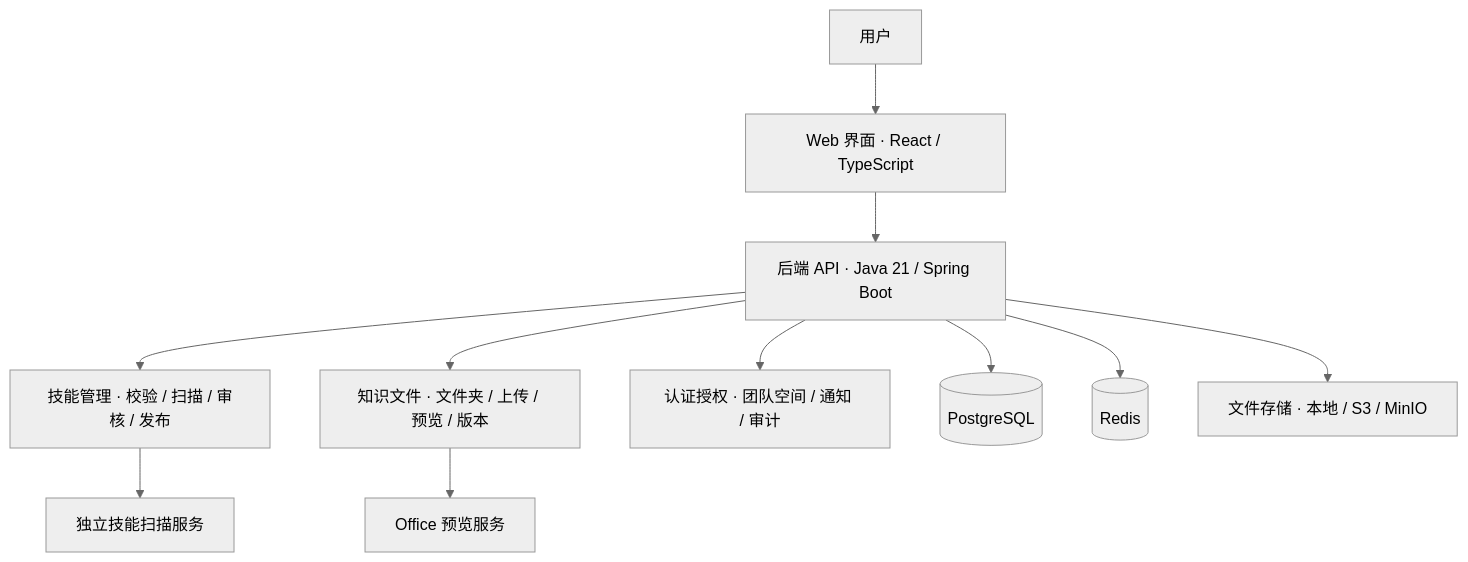
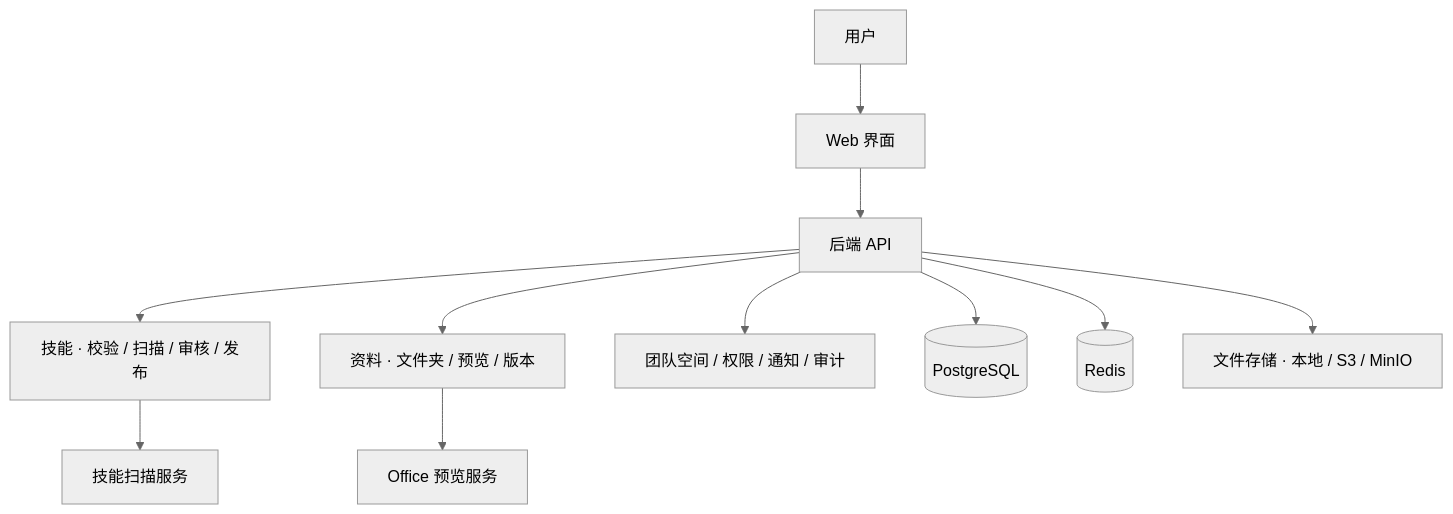
One commit to kun001/skillhive changed the diagram in README.md. Above: the diagram before and after it, drawn with Mermaid (neutral theme). The commit also changed other lines of this file, not shown here.

Commit message:
docs(readme): clarify SkillHive positioning and simplify product guide

````diff
--- a/README.md
+++ b/README.md
@@ -207,13 +143,13 @@
 ```mermaid
 flowchart TB
-    User[用户] --> Web[Web 界面 · React / TypeScript]
-    Web --> API[后端 API · Java 21 / Spring Boot]
-    API --> Skill[技能管理 · 校验 / 扫描 / 审核 / 发布]
-    API --> Knowledge[知识文件 · 文件夹 / 上传 / 预览 / 版本]
-    API --> Governance[认证授权 · 团队空间 / 通知 / 审计]
-    Skill --> Scanner[独立技能扫描服务]
+    User[用户] --> Web[Web 界面]
+    Web --> API[后端 API]
+    API --> Skill[技能 · 校验 / 扫描 / 审核 / 发布]
+    API --> Knowledge[资料 · 文件夹 / 预览 / 版本]
+    API --> Governance[团队空间 / 权限 / 通知 / 审计]
+    Skill --> Scanner[技能扫描服务]
     Knowledge --> Preview[Office 预览服务]
     API --> DB[(PostgreSQL)]
     API --> Redis[(Redis)]
     API --> Storage[文件存储 · 本地 / S3 / MinIO]
 ```
````
